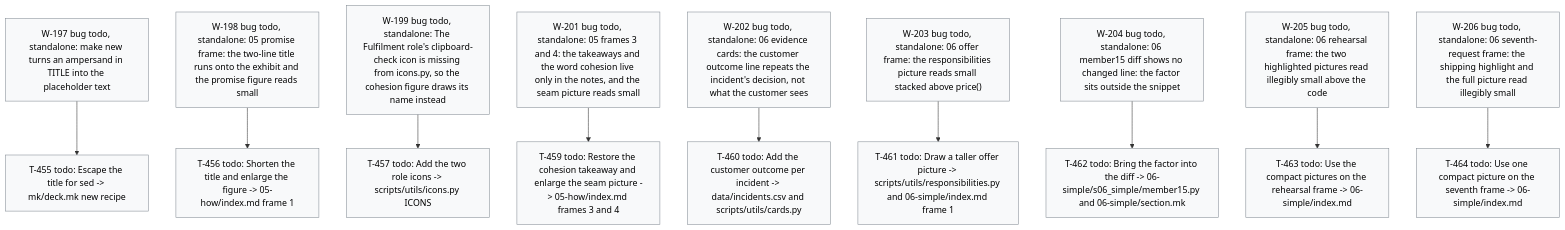
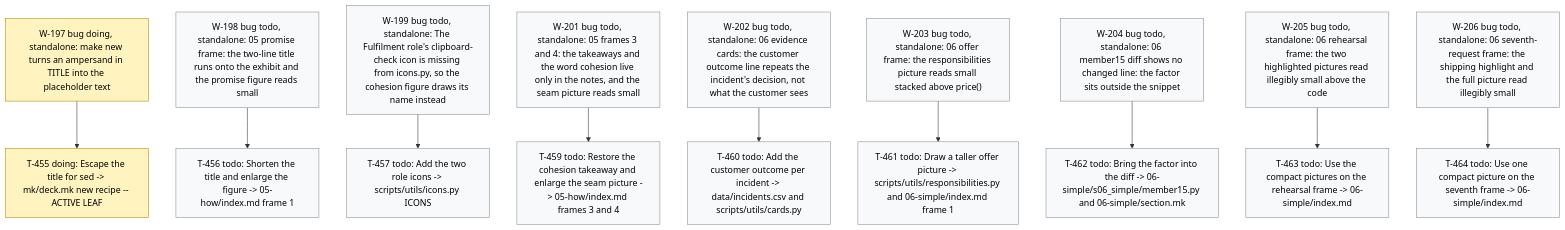
The diagram in .board/BOARD.md (dpopchev/chaos-to-simple), drawn with Mermaid before and after one commit. The commit also changed other lines of this file and 2 other files, not shown here.

Commit message:
chore(board): activate W-197, start T-455
Refs: W-197 T-455

````diff
--- a/.board/BOARD.md
+++ b/.board/BOARD.md
@@ -1174,27 +1174,28 @@
 ```mermaid
 flowchart TD
-  W197["W-197 bug todo, standalone: make new turns an ampersand in TITLE into the placeholder text"]
-  W197 --> T455["T-455 todo: Escape the title for sed -> mk/deck.mk new recipe"]
+  W197["W-197 bug doing, standalone: make new turns an ampersand in TITLE into the placeholder text"]
+  W197 --> T455["T-455 doing: Escape the title for sed -> mk/deck.mk new recipe -- ACTIVE LEAF"]
   W198["W-198 bug todo, standalone: 05 promise frame: the two-line title runs onto the exhibit and the promise figure reads small"]
   W198 --> T456["T-456 todo: Shorten the title and enlarge the figure -> 05-how/index.md frame 1"]
   W199["W-199 bug todo, standalone: The Fulfilment role's clipboard-check icon is missing from icons.py, so the cohesion figure draws its name instead"]
   W199 --> T457["T-457 todo: Add the two role icons -> scripts/utils/icons.py ICONS"]
   W201["W-201 bug todo, standalone: 05 frames 3 and 4: the takeaways and the word cohesion live only in the notes, and the seam picture reads small"]
   W201 --> T459["T-459 todo: Restore the cohesion takeaway and enlarge the seam picture -> 05-how/index.md frames 3 and 4"]
   W202["W-202 bug todo, standalone: 06 evidence cards: the customer outcome line repeats the incident's decision, not what the customer sees"]
   W202 --> T460["T-460 todo: Add the customer outcome per incident -> data/incidents.csv and scripts/utils/cards.py"]
   W203["W-203 bug todo, standalone: 06 offer frame: the responsibilities picture reads small stacked above price()"]
   W203 --> T461["T-461 todo: Draw a taller offer picture -> scripts/utils/responsibilities.py and 06-simple/index.md frame 1"]
   W204["W-204 bug todo, standalone: 06 member15 diff shows no changed line: the factor sits outside the snippet"]
   W204 --> T462["T-462 todo: Bring the factor into the diff -> 06-simple/s06_simple/member15.py and 06-simple/section.mk"]
   W205["W-205 bug todo, standalone: 06 rehearsal frame: the two highlighted pictures read illegibly small above the code"]
   W205 --> T463["T-463 todo: Use the compact pictures on the rehearsal frame -> 06-simple/index.md"]
   W206["W-206 bug todo, standalone: 06 seventh-request frame: the shipping highlight and the full picture read illegibly small"]
   W206 --> T464["T-464 todo: Use one compact picture on the seventh frame -> 06-simple/index.md"]
   classDef doing fill:#fff3bf,stroke:#b58900,color:#000;
   classDef blocked fill:#ffe3e3,stroke:#c92a2a,color:#000;
   classDef done fill:#e6ffed,stroke:#2b8a3e,color:#000;
   classDef todo fill:#f8f9fa,stroke:#868e96,color:#000;
   classDef pruned fill:#f1f3f5,stroke:#adb5bd,color:#000;
-  class W197,T455,W198,T456,W199,T457,W201,T459,W202,T460,W203,T461,W204,T462,W205,T463,W206,T464 todo
+  class W197,T455 doing
+  class W198,T456,W199,T457,W201,T459,W202,T460,W203,T461,W204,T462,W205,T463,W206,T464 todo
 ```
````
